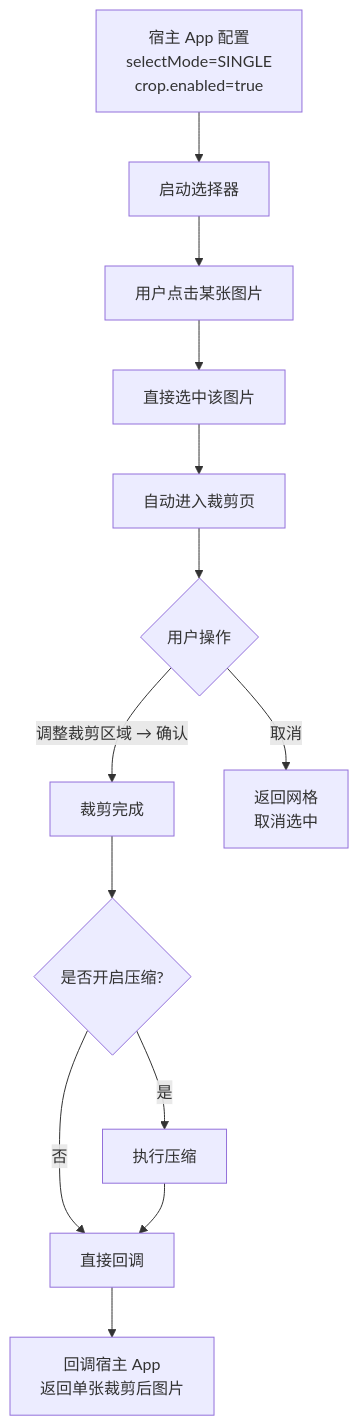
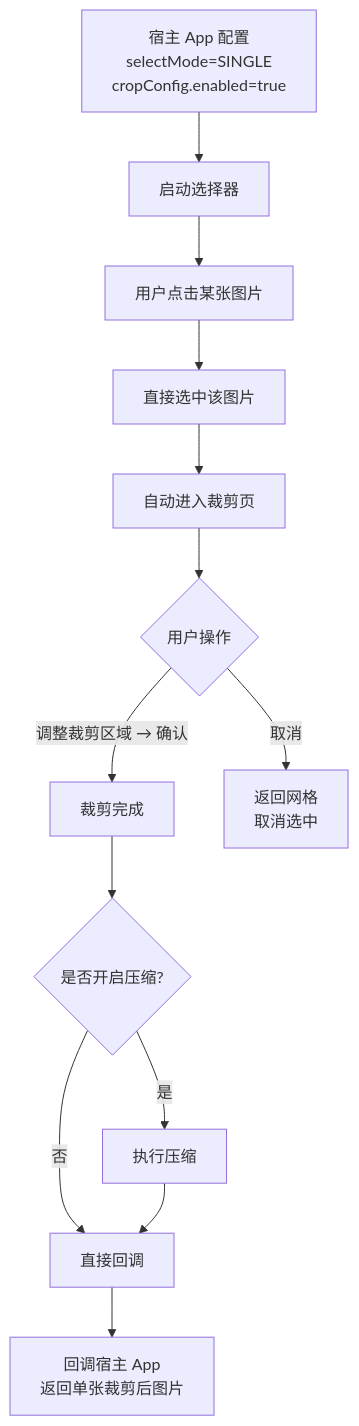
Before and after one commit to Hu12037102/photo_choice: the third of 15 diagrams in PRD.md, drawn with Mermaid. The commit also changed other lines of this file and 3 other files, not shown here.

````diff
--- a/PRD.md
+++ b/PRD.md
@@ -105,15 +108,15 @@
 ```mermaid
 flowchart TD
-    A[宿主 App 配置<br/>selectMode=SINGLE<br/>crop.enabled=true] --> B[启动选择器]
+    A[宿主 App 配置<br/>selectMode=SINGLE<br/>cropConfig.enabled=true] --> B[启动选择器]
     B --> C[用户点击某张图片]
     C --> D[直接选中该图片]
     D --> E[自动进入裁剪页]
     E --> F{用户操作}
     F -->|调整裁剪区域 → 确认| G[裁剪完成]
     F -->|取消| H[返回网格<br/>取消选中]
     G --> I{是否开启压缩?}
     I -->|是| J[执行压缩]
     I -->|否| K[直接回调]
     J --> K
     K --> L[回调宿主 App<br/>返回单张裁剪后图片]
 ```
````
